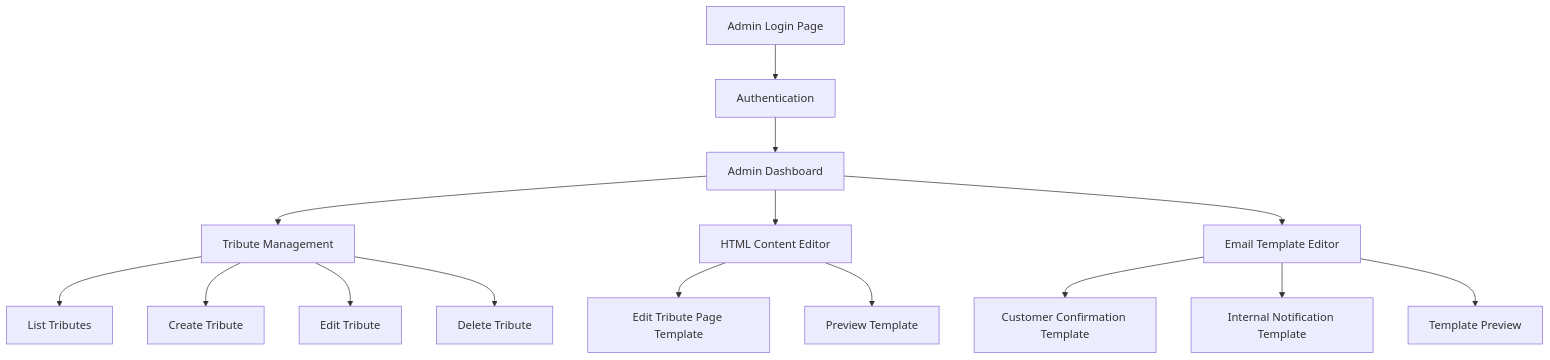
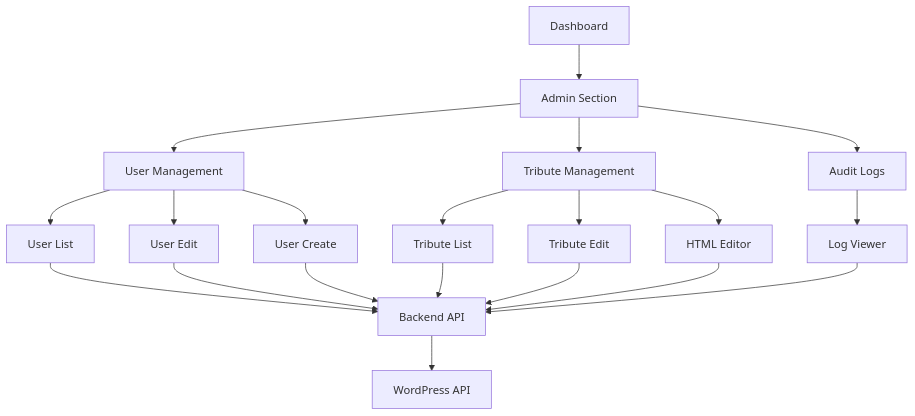
Before and after one commit to TimeMachine1994/TributetreamWebV1: the diagram in tributestream-admin-implementation-plan.md, drawn with Mermaid. The commit also changed other lines of this file and 276 other files, not shown here.

````diff
--- a/tributestream-admin-implementation-plan.md
+++ b/tributestream-admin-implementation-plan.md
@@ -9,20 +17,26 @@
 ```mermaid
 graph TD
-    A[Admin Login Page] --> B[Authentication]
-    B --> C[Admin Dashboard]
-    C --> D[Tribute Management]
-    C --> E[HTML Content Editor]
-    C --> F[Email Template Editor]
+    A[Dashboard] --> B[Admin Section]
+    B --> C[User Management]
+    B --> D[Tribute Management]
+    B --> E[Audit Logs]
     
-    D --> D1[List Tributes]
-    D --> D2[Create Tribute]
-    D --> D3[Edit Tribute]
-    D --> D4[Delete Tribute]
+    C --> C1[User List]
+    C --> C2[User Edit]
+    C --> C3[User Create]
     
-    E --> E1[Edit Tribute Page Template]
-    E --> E2[Preview Template]
+    D --> D1[Tribute List]
+    D --> D2[Tribute Edit]
+    D --> D3[HTML Editor]
     
-    F --> F1[Customer Confirmation Template]
-    F --> F2[Internal Notification Template]
-    F --> F3[Template Preview]
+    E --> E1[Log Viewer]
+    
+    F[Backend API] --> G[WordPress API]
+    C1 --> F
+    C2 --> F
+    C3 --> F
+    D1 --> F
+    D2 --> F
+    D3 --> F
+    E1 --> F
 ```
````
